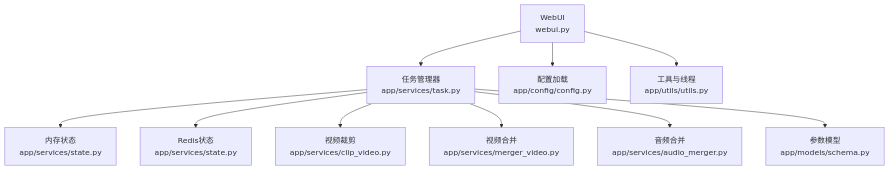
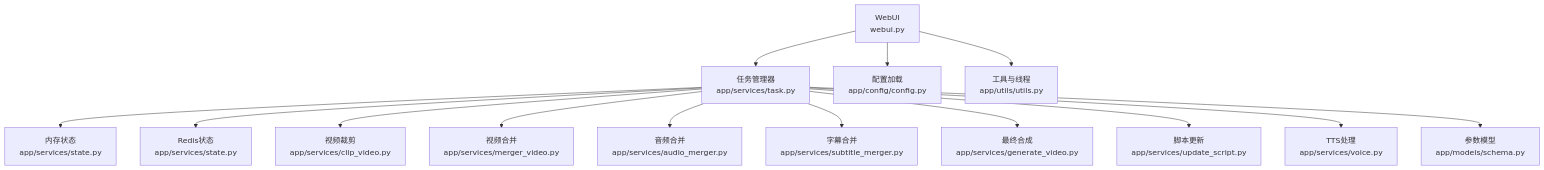
The first of 7 diagrams in .qoder/repowiki/zh/content/API参考/任务调度API.md (wowoduang/AIVideoClaude), drawn with Mermaid before and after one commit. The commit also changed other lines of this file and 26 other files, not shown here.

````diff
--- a/.qoder/repowiki/zh/content/API参考/任务调度API.md
+++ b/.qoder/repowiki/zh/content/API参考/任务调度API.md
@@ -46,12 +58,16 @@
 ```mermaid
 graph TB
 UI["WebUI<br/>webui.py"] --> TaskMgr["任务管理器<br/>app/services/task.py"]
 TaskMgr --> StateMem["内存状态<br/>app/services/state.py"]
 TaskMgr --> StateRedis["Redis状态<br/>app/services/state.py"]
 TaskMgr --> Clip["视频裁剪<br/>app/services/clip_video.py"]
 TaskMgr --> MergeVid["视频合并<br/>app/services/merger_video.py"]
 TaskMgr --> MergeAud["音频合并<br/>app/services/audio_merger.py"]
+TaskMgr --> MergeSub["字幕合并<br/>app/services/subtitle_merger.py"]
+TaskMgr --> GenVideo["最终合成<br/>app/services/generate_video.py"]
+TaskMgr --> UpdateScript["脚本更新<br/>app/services/update_script.py"]
+TaskMgr --> Voice["TTS处理<br/>app/services/voice.py"]
 TaskMgr --> Params["参数模型<br/>app/models/schema.py"]
 UI --> Config["配置加载<br/>app/config/config.py"]
 UI --> Utils["工具与线程<br/>app/utils/utils.py"]
 ```
````
